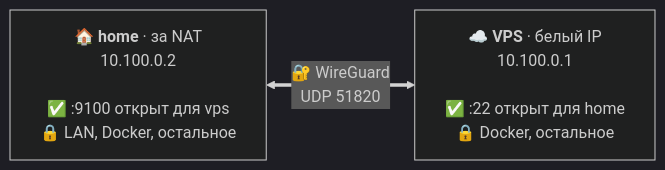
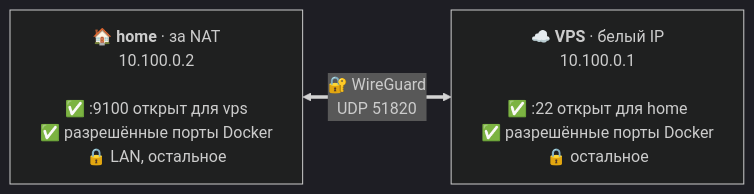
One commit to nikitakiselev/meshly changed the diagram in README.ru.md. Above: the diagram before and after it, drawn with Mermaid (dark theme). The commit also changed other lines of this file and 8 other files, not shown here.

````diff
--- a/README.ru.md
+++ b/README.ru.md
@@ -27,7 +27,7 @@
 ```mermaid
 %%{init: {"flowchart": {"wrappingWidth": 400}}}%%
 flowchart LR
-    home["🏠 <b>home</b> · за NAT<br/>10.100.0.2<br/><br/>✅ :9100 открыт для vps<br/>🔒 LAN, Docker, остальное"]
-    vps["☁️ <b>VPS</b> · белый IP<br/>10.100.0.1<br/><br/>✅ :22 открыт для home<br/>🔒 Docker, остальное"]
+    home["🏠 <b>home</b> · за NAT<br/>10.100.0.2<br/><br/>✅ :9100 открыт для vps<br/>✅ разрешённые порты Docker<br/>🔒 LAN, остальное"]
+    vps["☁️ <b>VPS</b> · белый IP<br/>10.100.0.1<br/><br/>✅ :22 открыт для home<br/>✅ разрешённые порты Docker<br/>🔒 остальное"]
     home <==>|"🔐 WireGuard<br/>UDP 51820"| vps
 ```
````
